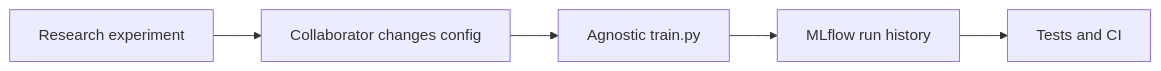
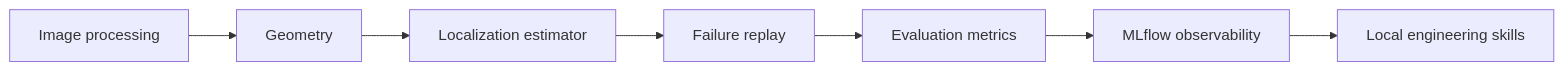
Before and after one commit to nourmabdelhamed-cmd/frm-ds-to-ml: the diagram in index.qmd, drawn with Mermaid. The commit also changed other lines of this file and 56 other files, not shown here.

````diff
--- a/index.qmd
+++ b/index.qmd
@@ -30,9 +39,11 @@
 ```{mermaid}
 %%| eval: true
 %%| echo: false
 flowchart LR
-  A[Research experiment] --> B[Collaborator changes config]
-  B --> C[Agnostic train.py]
-  C --> D[MLflow run history]
-  D --> E[Tests and CI]
+  A[Image processing] --> B[Geometry]
+  B --> C[Localization estimator]
+  C --> D[Failure replay]
+  D --> E[Evaluation metrics]
+  E --> F[MLflow observability]
+  F --> G[Local engineering skills]
 ```
````
